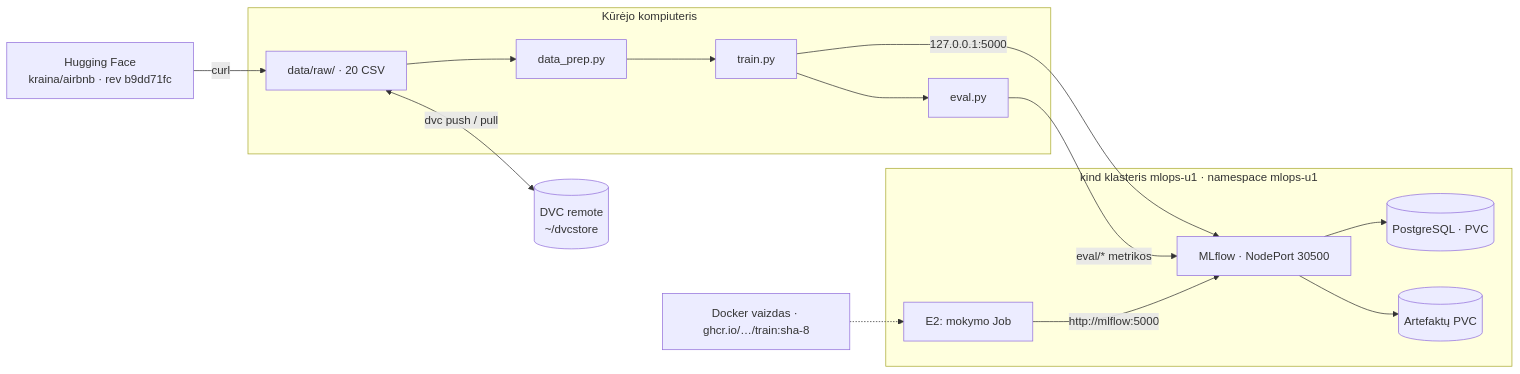
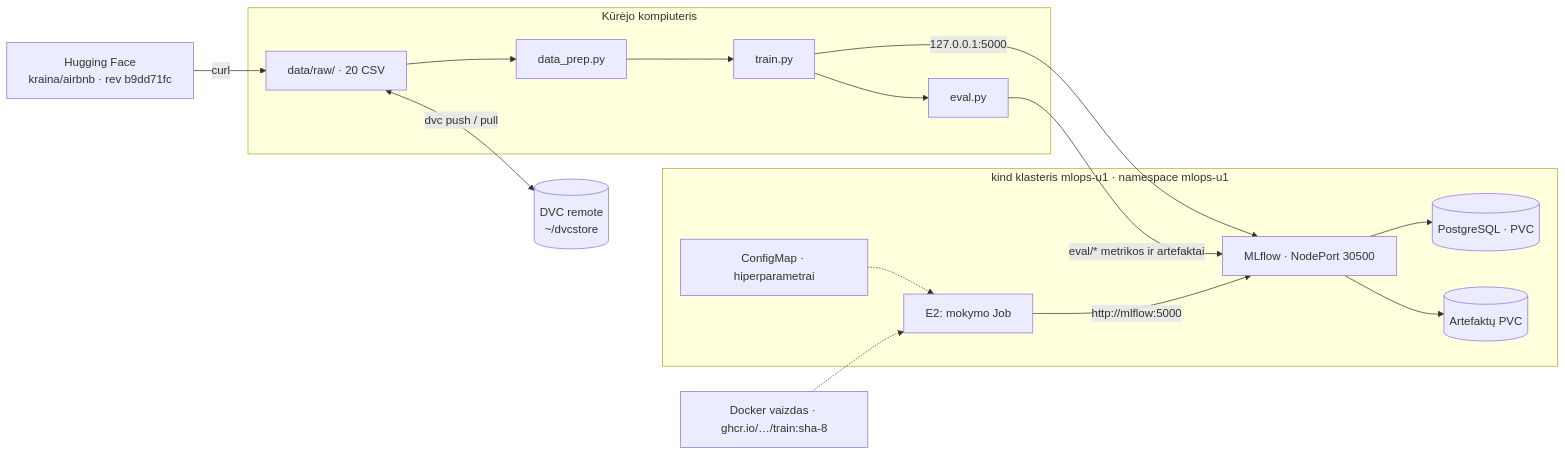
The diagram in docs/architecture.md (lukasja111/mlops-u1), drawn with Mermaid before and after one commit. The commit also changed other lines of this file and 5 other files, not shown here.

````diff
--- a/docs/architecture.md
+++ b/docs/architecture.md
@@ -7,19 +8,20 @@
 ```mermaid
 flowchart LR
     hf["Hugging Face<br/>kraina/airbnb · rev b9dd71fc"]
     remote[("DVC remote<br/>~/dvcstore")]
     subgraph pc["Kūrėjo kompiuteris"]
         raw["data/raw/ · 20 CSV"] --> prep["data_prep.py"] --> train["train.py"] --> ev["eval.py"]
     end
     subgraph k8s["kind klasteris mlops-u1 · namespace mlops-u1"]
         mlflow["MLflow · NodePort 30500"] --> pg[("PostgreSQL · PVC")]
         mlflow --> art[("Artefaktų PVC")]
         job["E2: mokymo Job"]
+        cm["ConfigMap · hiperparametrai"] -.-> job
     end
     hf -->|curl| raw
     raw <-->|"dvc push / pull"| remote
     train -->|"127.0.0.1:5000"| mlflow
-    ev -->|"eval/* metrikos"| mlflow
+    ev -->|"eval/* metrikos ir artefaktai"| mlflow
     img["Docker vaizdas · ghcr.io/…/train:sha-8"] -.-> job
     job -->|"http://mlflow:5000"| mlflow
 ```
````
